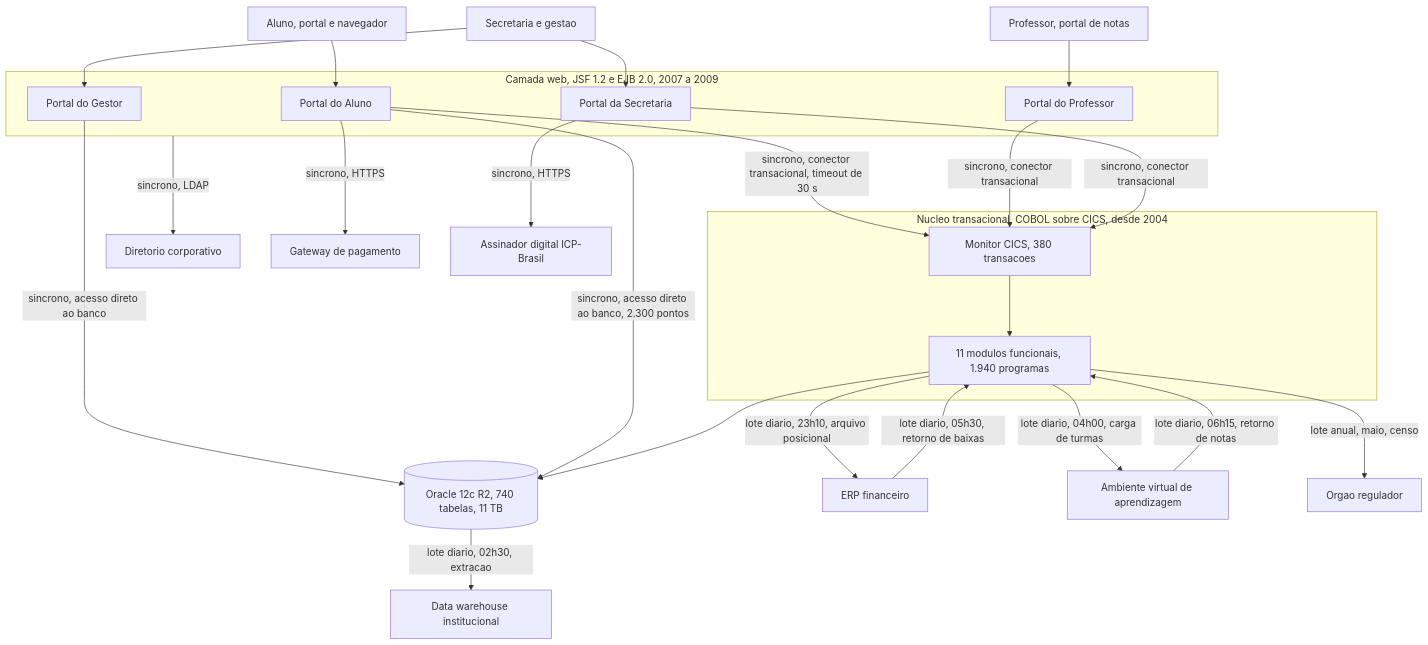
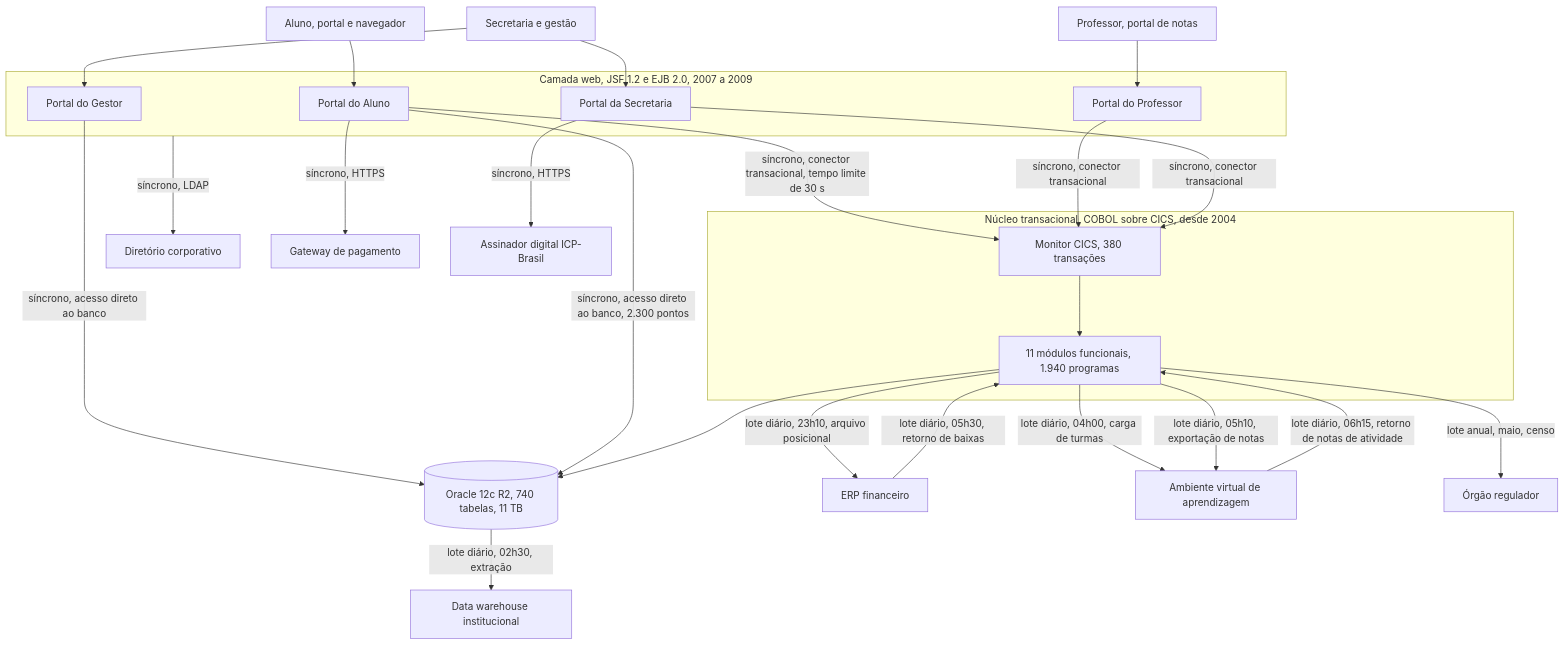
One commit to aulas-marco/projeto-arquitetura-software changed the diagram in docs/caso-acme/linha-de-base.md. Above: the diagram before and after it, drawn with Mermaid. The commit also changed other lines of this file and 2 other files, not shown here.

Commit message:
fix(caso): corrige aritmetica de sazonalidade, custo e fluxo de notas do dossie ACME

````diff
--- a/docs/caso-acme/linha-de-base.md
+++ b/docs/caso-acme/linha-de-base.md
@@ -11,52 +11,53 @@
 ```mermaid
 graph TD
     ALU["Aluno, portal e navegador"]
     PROF["Professor, portal de notas"]
-    SEC["Secretaria e gestao"]
+    SEC["Secretaria e gestão"]
 
     subgraph WEB["Camada web, JSF 1.2 e EJB 2.0, 2007 a 2009"]
         PA["Portal do Aluno"]
         PP["Portal do Professor"]
         PS["Portal da Secretaria"]
         PG["Portal do Gestor"]
     end
 
-    subgraph NUC["Nucleo transacional, COBOL sobre CICS, desde 2004"]
-        CICS["Monitor CICS, 380 transacoes"]
-        MOD["11 modulos funcionais, 1.940 programas"]
+    subgraph NUC["Núcleo transacional, COBOL sobre CICS, desde 2004"]
+        CICS["Monitor CICS, 380 transações"]
+        MOD["11 módulos funcionais, 1.940 programas"]
     end
 
     ORA[("Oracle 12c R2, 740 tabelas, 11 TB")]
-    LDAP["Diretorio corporativo"]
+    LDAP["Diretório corporativo"]
     PAG["Gateway de pagamento"]
     ICP["Assinador digital ICP-Brasil"]
     ERP["ERP financeiro"]
     AVA["Ambiente virtual de aprendizagem"]
     DW["Data warehouse institucional"]
-    INEP["Orgao regulador"]
+    INEP["Órgão regulador"]
 
     ALU --> PA
     PROF --> PP
     SEC --> PS
     SEC --> PG
 
-    PA -->|"sincrono, conector transacional, timeout de 30 s"| CICS
-    PP -->|"sincrono, conector transacional"| CICS
-    PS -->|"sincrono, conector transacional"| CICS
-    PG -->|"sincrono, acesso direto ao banco"| ORA
-    PA -->|"sincrono, acesso direto ao banco, 2.300 pontos"| ORA
+    PA -->|"síncrono, conector transacional, tempo limite de 30 s"| CICS
+    PP -->|"síncrono, conector transacional"| CICS
+    PS -->|"síncrono, conector transacional"| CICS
+    PG -->|"síncrono, acesso direto ao banco"| ORA
+    PA -->|"síncrono, acesso direto ao banco, 2.300 pontos"| ORA
 
     CICS --> MOD
     MOD --> ORA
 
-    PA -->|"sincrono, HTTPS"| PAG
-    PS -->|"sincrono, HTTPS"| ICP
-    WEB -->|"sincrono, LDAP"| LDAP
+    PA -->|"síncrono, HTTPS"| PAG
+    PS -->|"síncrono, HTTPS"| ICP
+    WEB -->|"síncrono, LDAP"| LDAP
 
-    MOD -->|"lote diario, 23h10, arquivo posicional"| ERP
-    ERP -->|"lote diario, 05h30, retorno de baixas"| MOD
-    MOD -->|"lote diario, 04h00, carga de turmas"| AVA
-    AVA -->|"lote diario, 06h15, retorno de notas"| MOD
-    ORA -->|"lote diario, 02h30, extracao"| DW
+    MOD -->|"lote diário, 23h10, arquivo posicional"| ERP
+    ERP -->|"lote diário, 05h30, retorno de baixas"| MOD
+    MOD -->|"lote diário, 04h00, carga de turmas"| AVA
+    MOD -->|"lote diário, 05h10, exportação de notas"| AVA
+    AVA -->|"lote diário, 06h15, retorno de notas de atividade"| MOD
+    ORA -->|"lote diário, 02h30, extração"| DW
     MOD -->|"lote anual, maio, censo"| INEP
 ```
````
